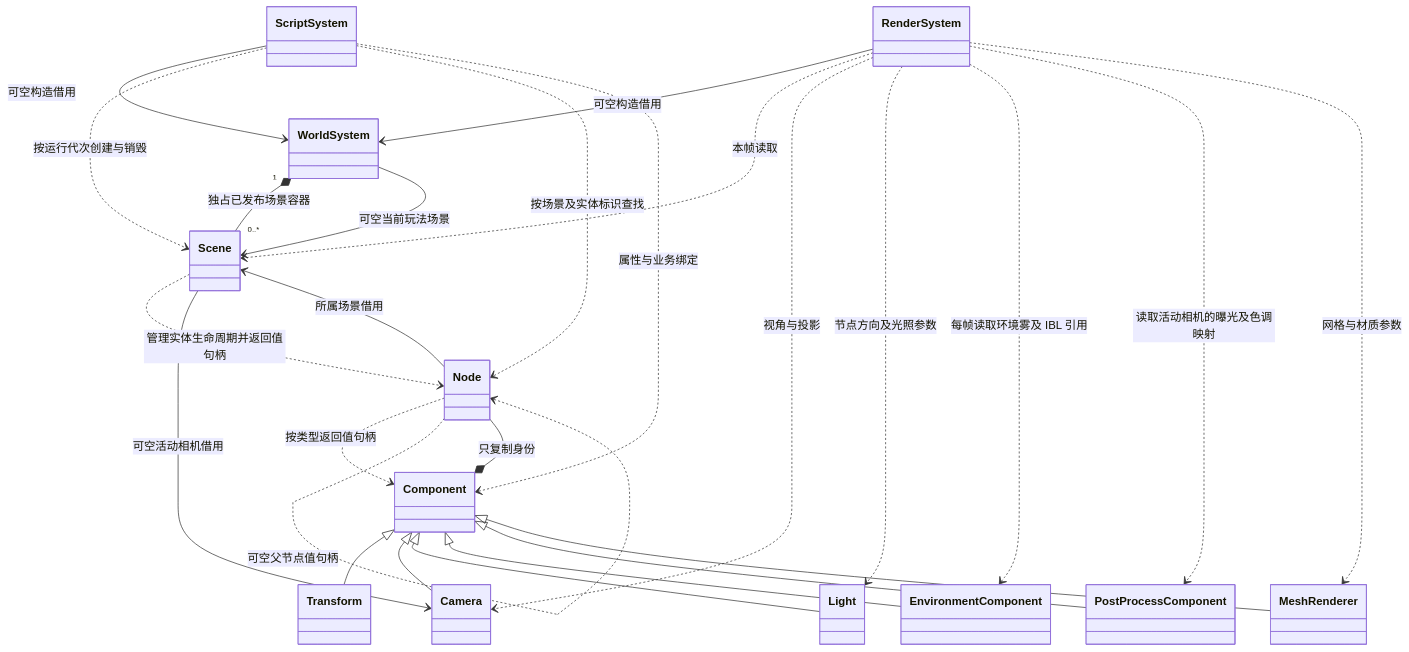
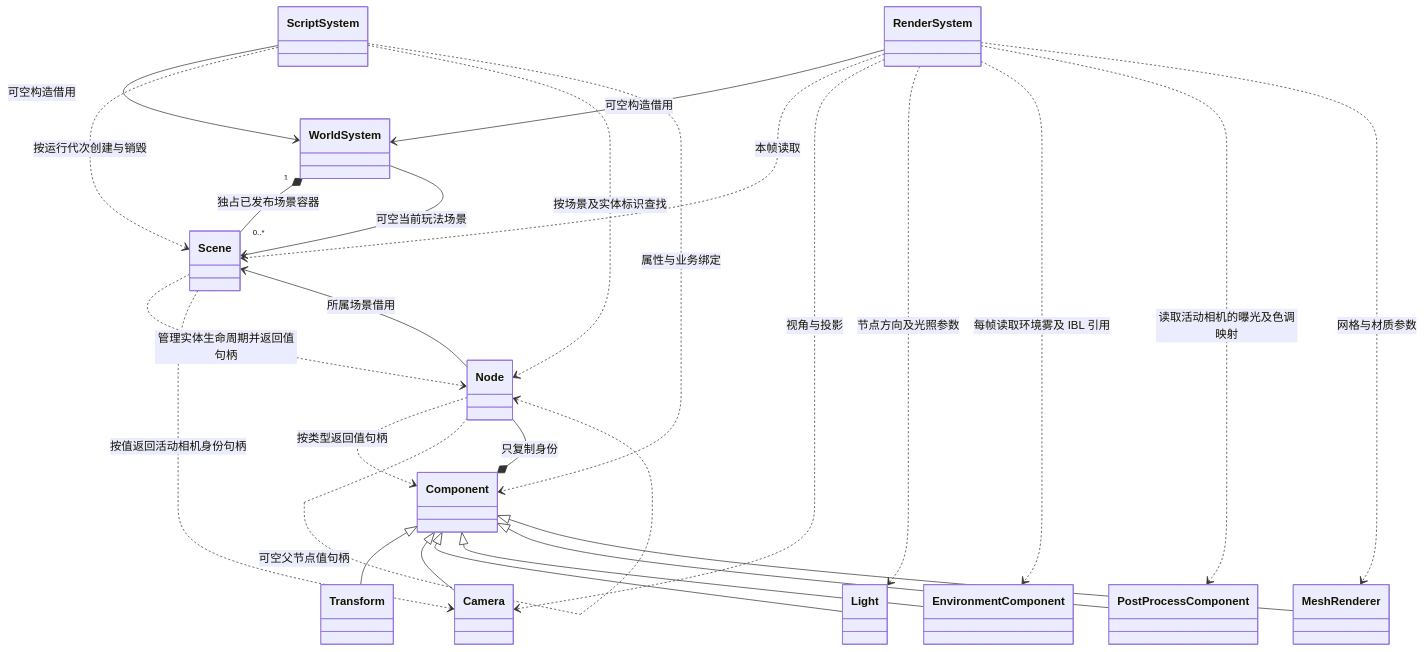
The seventh of 35 diagrams in docs/class-diagrams/references.md (lcals/Engine), drawn with Mermaid before and after one commit. The commit also changed other lines of this file and 222 other files, not shown here.

Commit message:
Consolidate editor asset imports and align architecture documentation

````diff
--- a/docs/class-diagrams/references.md
+++ b/docs/class-diagrams/references.md
@@ -202,40 +202,40 @@
 ```mermaid
 classDiagram
     class WorldSystem
     class Scene
     class Node
     class Component
     class Transform
     class Camera
     class Light
     class EnvironmentComponent
     class PostProcessComponent
     class MeshRenderer
     class ScriptSystem
     class RenderSystem
     WorldSystem "1" *-- "0..*" Scene : 独占已发布场景容器
     WorldSystem --> Scene : 可空当前玩法场景
     Scene ..> Node : 管理实体生命周期并返回值句柄
     Node ..> Component : 按类型返回值句柄
     Node --> Scene : 所属场景借用
     Node ..> Node : 可空父节点值句柄
     Component *-- Node : 只复制身份
     Component <|-- Transform
     Component <|-- Camera
     Component <|-- Light
     Component <|-- EnvironmentComponent
     Component <|-- PostProcessComponent
     Component <|-- MeshRenderer
-    Scene --> Camera : 可空活动相机借用
+    Scene ..> Camera : 按值返回活动相机身份句柄
     ScriptSystem --> WorldSystem : 可空构造借用
     ScriptSystem ..> Scene : 按运行代次创建与销毁
     ScriptSystem ..> Node : 按场景及实体标识查找
     ScriptSystem ..> Component : 属性与业务绑定
     RenderSystem --> WorldSystem : 可空构造借用
     RenderSystem ..> Scene : 本帧读取
     RenderSystem ..> Camera : 视角与投影
     RenderSystem ..> Light : 节点方向及光照参数
     RenderSystem ..> EnvironmentComponent : 每帧读取环境雾及 IBL 引用
     RenderSystem ..> PostProcessComponent : 读取活动相机的曝光及色调映射
     RenderSystem ..> MeshRenderer : 网格与材质参数
 ```
````
